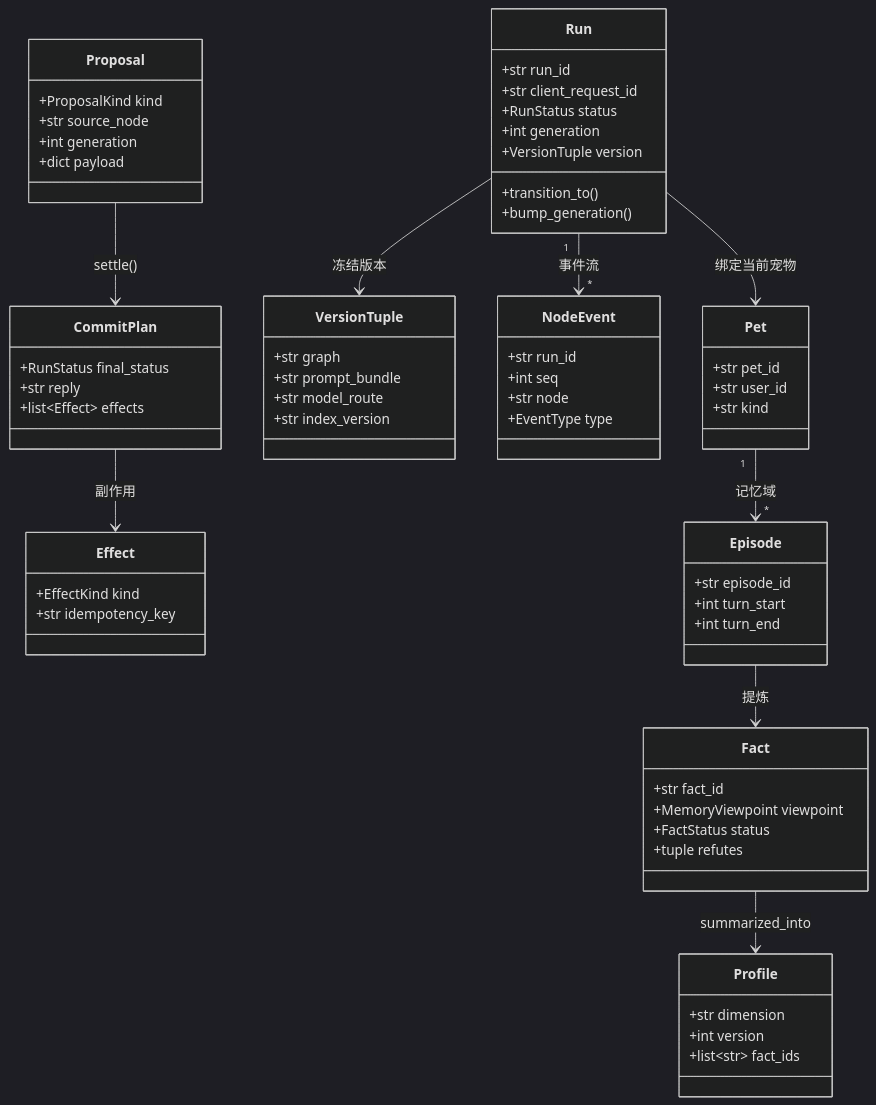
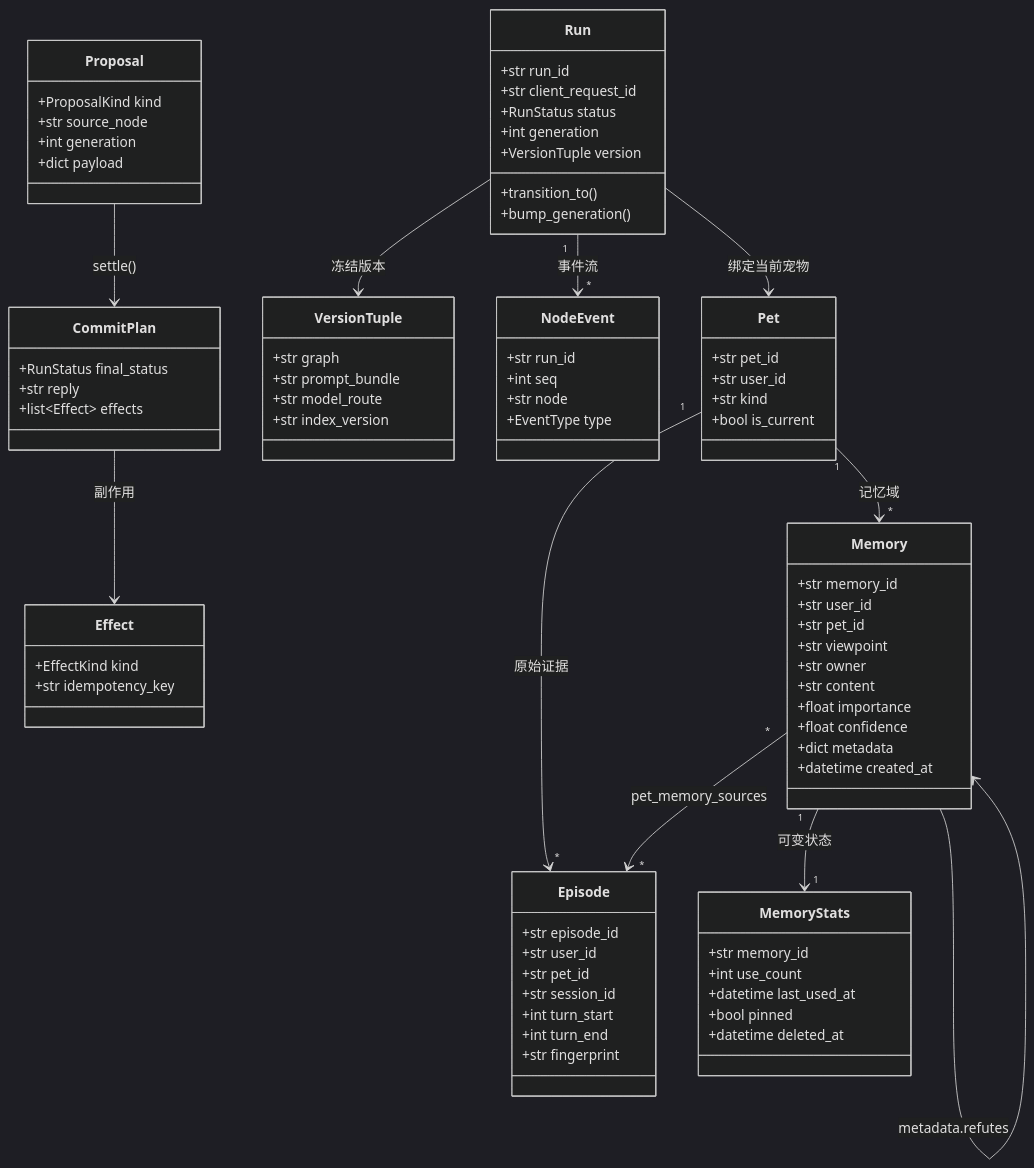
One commit to gawainfff/iCare-AgentChat changed the diagram in docs/domain-model.md. Above: the diagram before and after it, drawn with Mermaid (dark theme). The commit also changed other lines of this file and 3 other files, not shown here.

````diff
--- a/docs/domain-model.md
+++ b/docs/domain-model.md
@@ -8,6 +8,7 @@
         +str pet_id
         +str user_id
         +str kind
+        +bool is_current
     }
     class Run {
         +str run_id
@@ -47,27 +48,41 @@
     }
     class Episode {
         +str episode_id
+        +str user_id
+        +str pet_id
+        +str session_id
         +int turn_start
         +int turn_end
+        +str fingerprint
     }
-    class Fact {
-        +str fact_id
-        +MemoryViewpoint viewpoint
-        +FactStatus status
-        +tuple refutes
+    class Memory {
+        +str memory_id
+        +str user_id
+        +str pet_id
+        +str viewpoint
+        +str owner
+        +str content
+        +float importance
+        +float confidence
+        +dict metadata
+        +datetime created_at
     }
-    class Profile {
-        +str dimension
-        +int version
-        +list~str~ fact_ids
+    class MemoryStats {
+        +str memory_id
+        +int use_count
+        +datetime last_used_at
+        +bool pinned
+        +datetime deleted_at
     }
 
-    Pet "1" --> "*" Episode : 记忆域
+    Pet "1" --> "*" Episode : 原始证据
+    Pet "1" --> "*" Memory : 记忆域
+    Memory "*" --> "*" Episode : pet_memory_sources
+    Memory "1" --> "1" MemoryStats : 可变状态
+    Memory --> Memory : metadata.refutes
     Run --> Pet : 绑定当前宠物
     Run --> VersionTuple : 冻结版本
     Run "1" --> "*" NodeEvent : 事件流
     Proposal --> CommitPlan : settle()
     CommitPlan --> Effect : 副作用
-    Episode --> Fact : 提炼
-    Fact --> Profile : summarized_into
 ```
````
